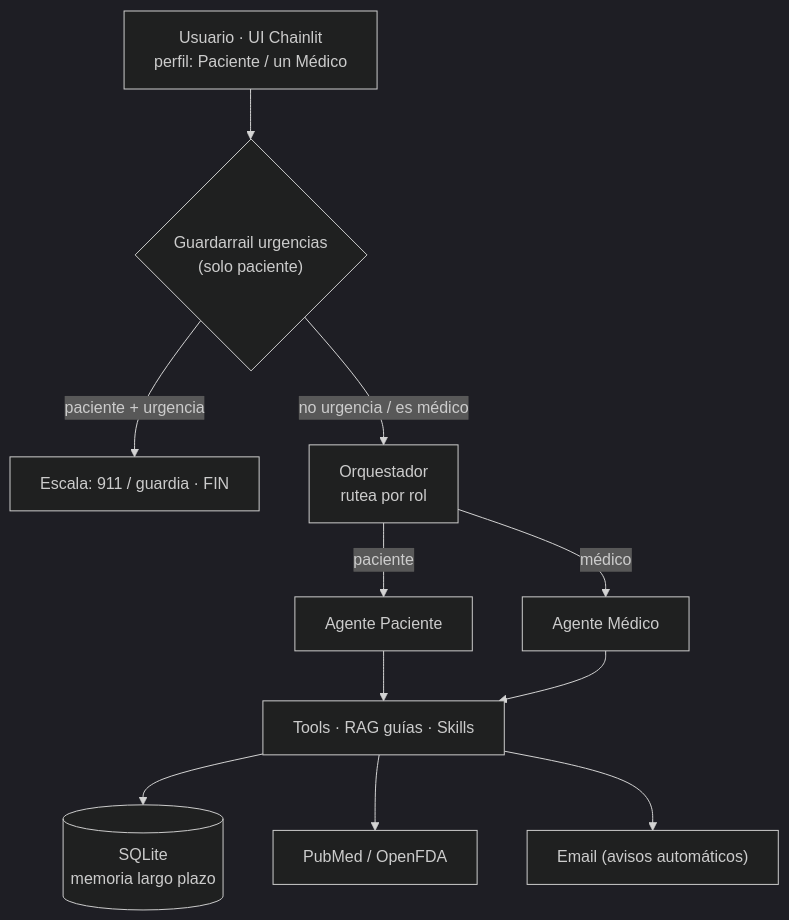
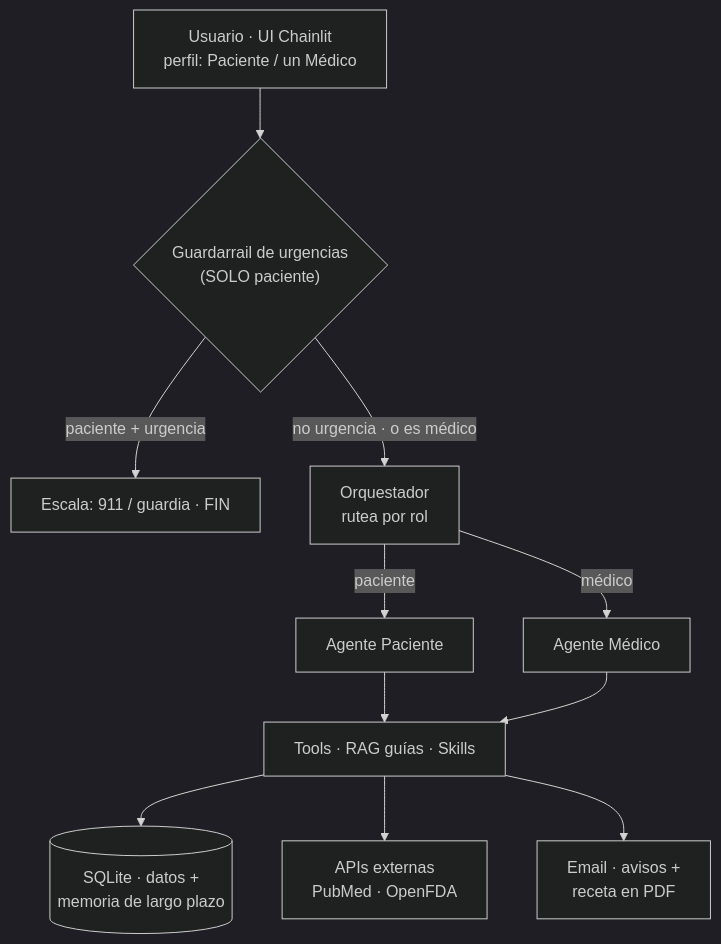
One commit to Constanzafl/agente_consultorio changed the diagram in README.md. Above: the diagram before and after it, drawn with Mermaid (dark theme). The commit also changed other lines of this file, not shown here.

````diff
--- a/README.md
+++ b/README.md
@@ -71,13 +37,13 @@
 ```mermaid
 flowchart TD
-    U["Usuario · UI Chainlit<br/>perfil: Paciente / un Médico"] --> G{"Guardarrail urgencias<br/>(solo paciente)"}
+    U["Usuario · UI Chainlit<br/>perfil: Paciente / un Médico"] --> G{"Guardarrail de urgencias<br/>(SOLO paciente)"}
     G -->|paciente + urgencia| E["Escala: 911 / guardia · FIN"]
-    G -->|no urgencia / es médico| O["Orquestador<br/>rutea por rol"]
+    G -->|no urgencia · o es médico| O["Orquestador<br/>rutea por rol"]
     O -->|paciente| AP["Agente Paciente"]
     O -->|médico| AM["Agente Médico"]
     AP --> T["Tools · RAG guías · Skills"]
     AM --> T
-    T --> DB[("SQLite<br/>memoria largo plazo")]
-    T --> API["PubMed / OpenFDA"]
-    T --> MAIL["Email (avisos automáticos)"]
+    T --> DB[("SQLite · datos +<br/>memoria de largo plazo")]
+    T --> API["APIs externas<br/>PubMed · OpenFDA"]
+    T --> MAIL["Email · avisos +<br/>receta en PDF"]
 ```
````
